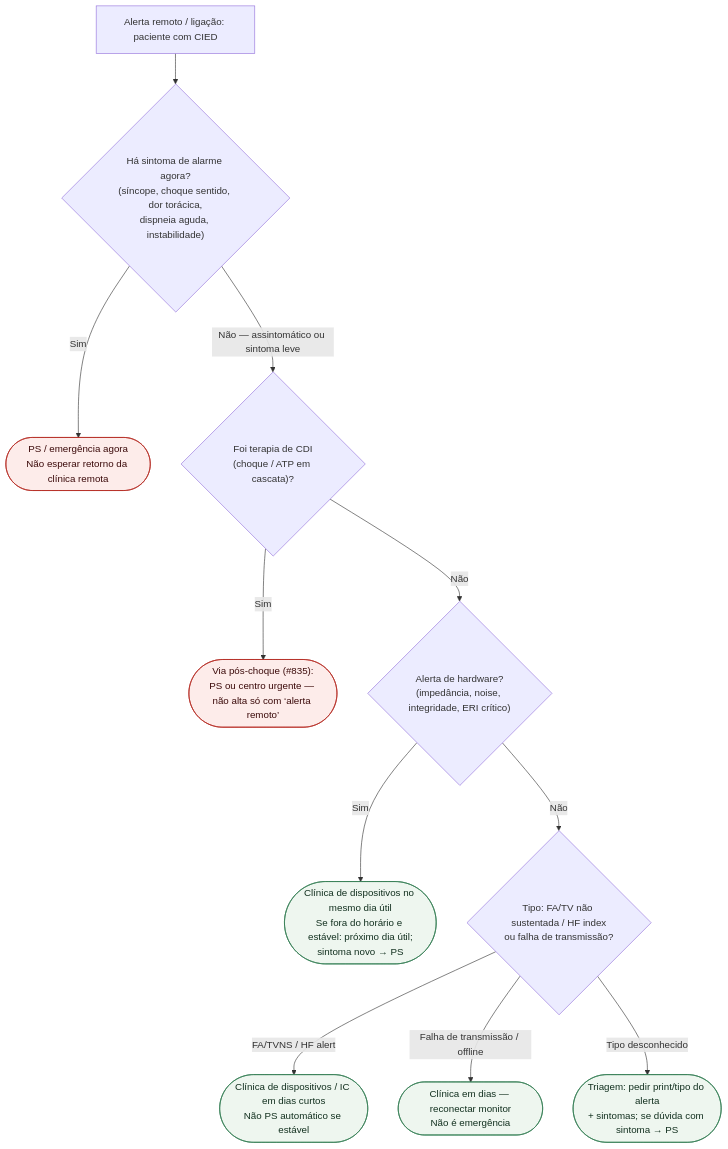
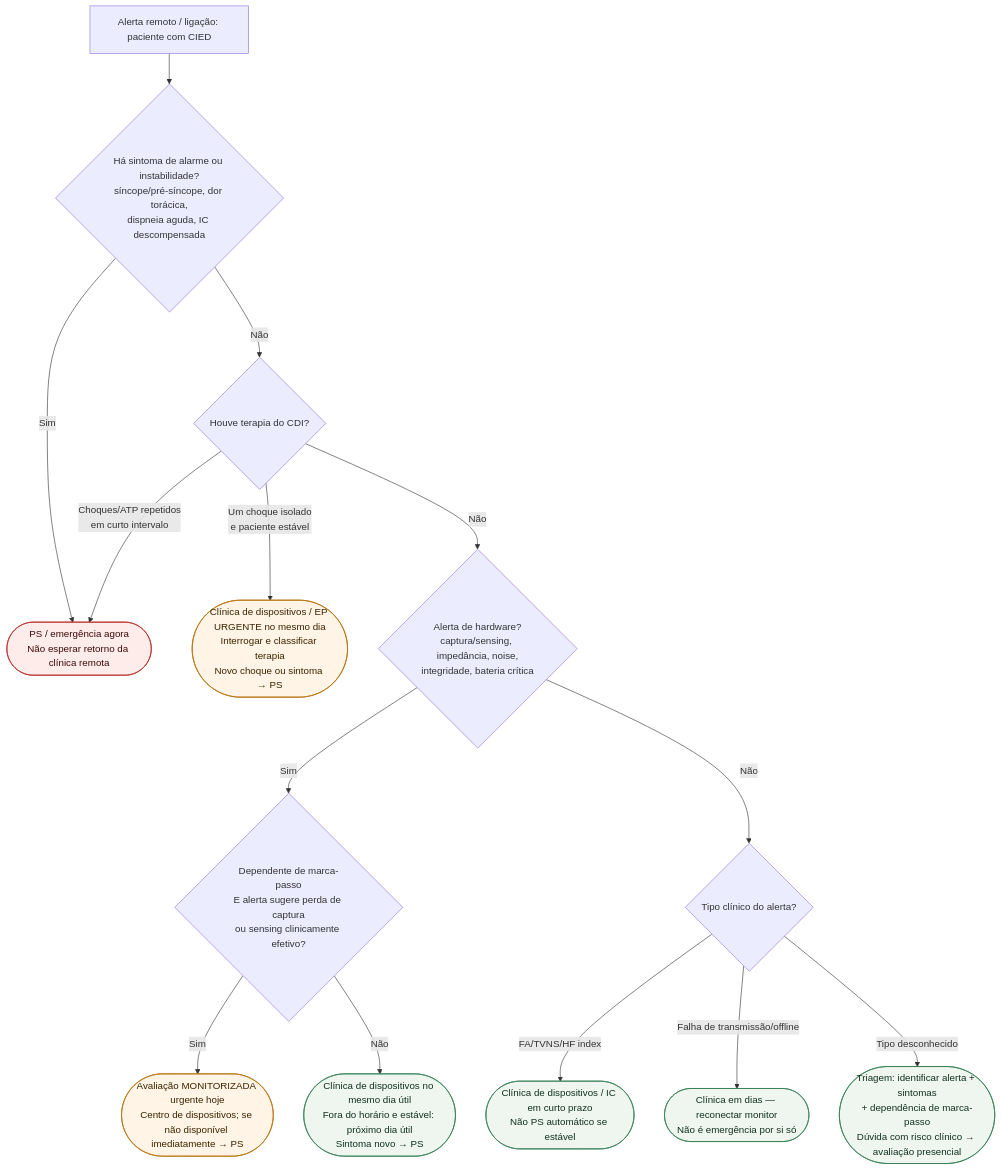
The diagram in content/Dispositivos/fluxograma-alerta-remoto-cied-destino-ambulatorial.md (rafaelpaesmeirelles/MeuCardio), drawn with Mermaid before and after one commit. The commit also changed other lines of this file, not shown here.

Commit message:
fix(content): corrige fluxo de alerta remoto CIED

````diff
--- a/content/Dispositivos/fluxograma-alerta-remoto-cied-destino-ambulatorial.md
+++ b/content/Dispositivos/fluxograma-alerta-remoto-cied-destino-ambulatorial.md
@@ -23,27 +24,28 @@
 ```mermaid
 flowchart TD
-  A["Alerta remoto / ligação: paciente com CIED"] --> D1{"Há sintoma de alarme agora?<br/>(síncope, choque sentido, dor torácica,<br/>dispneia aguda, instabilidade)"}
+  A["Alerta remoto / ligação: paciente com CIED"] --> D1{"Há sintoma de alarme ou instabilidade?<br/>síncope/pré-síncope, dor torácica,<br/>dispneia aguda, IC descompensada"}
 
   D1 -->|"Sim"| C1(["PS / emergência agora<br/>Não esperar retorno da clínica remota"])
 
-  D1 -->|"Não — assintomático ou sintoma leve"| D2{"Foi terapia de CDI<br/>(choque / ATP em cascata)?"}
+  D1 -->|"Não"| D2{"Houve terapia do CDI?"}
 
-  D2 -->|"Sim"| C2(["Via pós-choque (#835):<br/>PS ou centro urgente — não alta só com ‘alerta remoto’"])
+  D2 -->|"Choques/ATP repetidos<br/>em curto intervalo"| C1
+  D2 -->|"Um choque isolado<br/>e paciente estável"| C2(["Clínica de dispositivos / EP URGENTE no mesmo dia<br/>Interrogar e classificar terapia<br/>Novo choque ou sintoma → PS"])
+  D2 -->|"Não"| D3{"Alerta de hardware?<br/>captura/sensing, impedância, noise,<br/>integridade, bateria crítica"}
 
-  D2 -->|"Não"| D3{"Alerta de hardware?<br/>(impedância, noise, integridade, ERI crítico)"}
+  D3 -->|"Sim"| D3A{"Dependente de marca-passo<br/>E alerta sugere perda de captura<br/>ou sensing clinicamente efetivo?"}
+  D3A -->|"Sim"| C3(["Avaliação MONITORIZADA urgente hoje<br/>Centro de dispositivos; se não disponível imediatamente → PS"])
+  D3A -->|"Não"| C4(["Clínica de dispositivos no mesmo dia útil<br/>Fora do horário e estável: próximo dia útil<br/>Sintoma novo → PS"])
 
-  D3 -->|"Sim"| C3(["Clínica de dispositivos no mesmo dia útil<br/>Se fora do horário e estável: próximo dia útil;<br/>sintoma novo → PS"])
-
-  D3 -->|"Não"| D4{"Tipo: FA/TV não sustentada / HF index<br/>ou falha de transmissão?"}
-
-  D4 -->|"FA/TVNS / HF alert"| C4(["Clínica de dispositivos / IC em dias curtos<br/>Não PS automático se estável"])
-
-  D4 -->|"Falha de transmissão / offline"| C5(["Clínica em dias — reconectar monitor<br/>Não é emergência"])
-
-  D4 -->|"Tipo desconhecido"| C6(["Triagem: pedir print/tipo do alerta<br/>+ sintomas; se dúvida com sintoma → PS"])
+  D3 -->|"Não"| D4{"Tipo clínico do alerta?"}
+  D4 -->|"FA/TVNS/HF index"| C5(["Clínica de dispositivos / IC em curto prazo<br/>Não PS automático se estável"])
+  D4 -->|"Falha de transmissão/offline"| C6(["Clínica em dias — reconectar monitor<br/>Não é emergência por si só"])
+  D4 -->|"Tipo desconhecido"| C7(["Triagem: identificar alerta + sintomas<br/>+ dependência de marca-passo<br/>Dúvida com risco clínico → avaliação presencial"])
 
   classDef conduta fill:#eef6ef,stroke:#2f7a4f,color:#12301f;
   classDef alerta fill:#fdecea,stroke:#b3261e,color:#3b0a0a;
-  class C1,C2 alerta;
-  class C3,C4,C5,C6 conduta;
+  classDef urgente fill:#fff4e5,stroke:#b36b00,color:#3b2200;
+  class C1 alerta;
+  class C2,C3 urgente;
+  class C4,C5,C6,C7 conduta;
 ```
````
